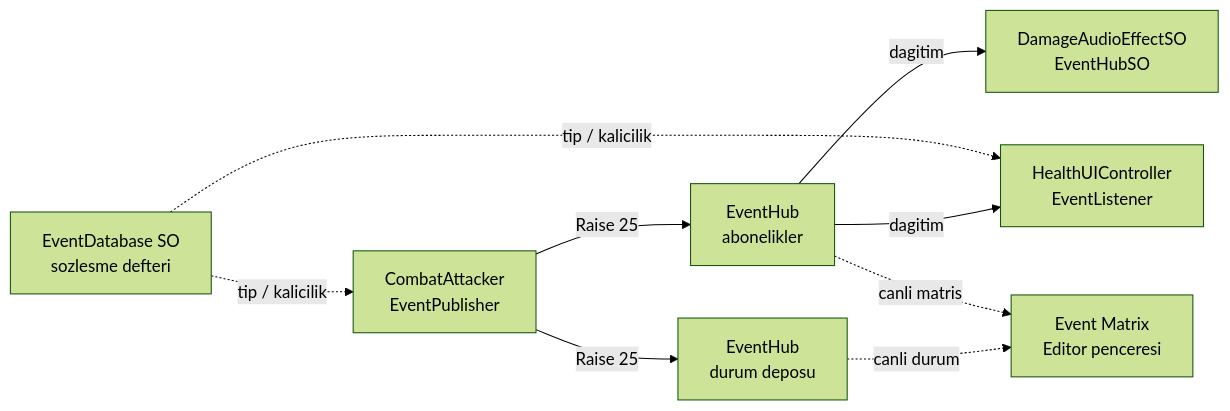
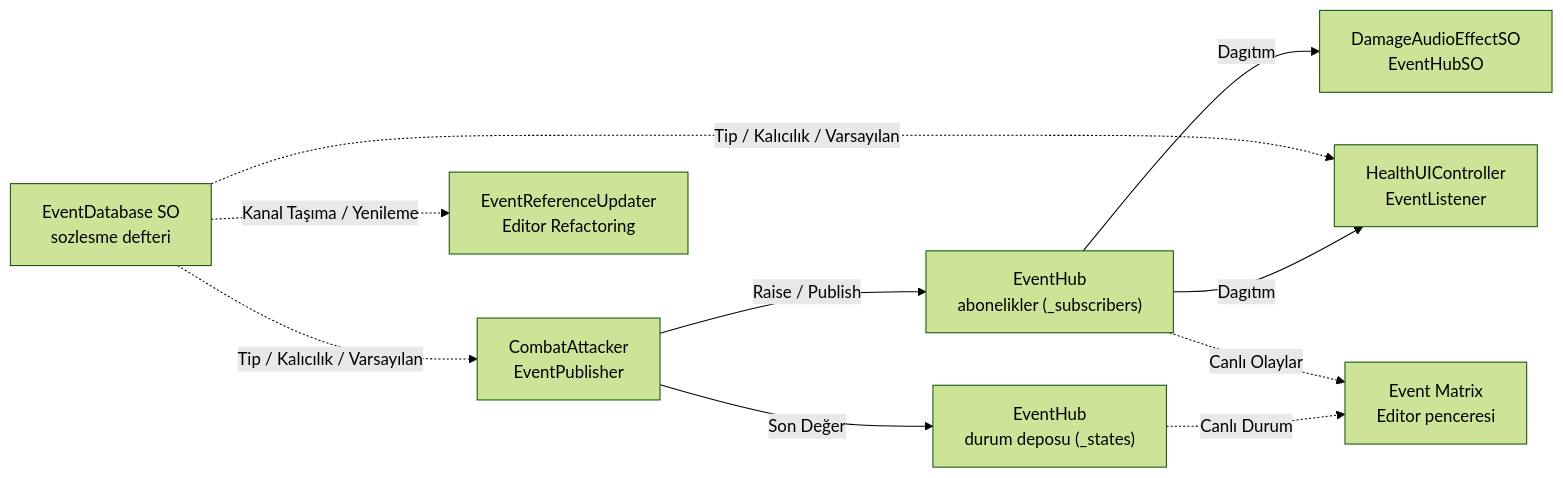
One commit to ChasingImagines/EventHub changed the diagram in README.md. Above: the diagram before and after it, drawn with Mermaid (forest theme). The commit also changed other lines of this file and 14 other files, not shown here.

First line of the commit message:
EventHub: mimari sadelestirme, EventPayload<T> defaultValue destegi, editor gelistirmeleri ve guncel dokumantasyon

````diff
--- a/README.md
+++ b/README.md
@@ -61,19 +62,21 @@
 ```mermaid
 flowchart LR
     A["CombatAttacker<br/>EventPublisher"]
     B["HealthUIController<br/>EventListener"]
     D["DamageAudioEffectSO<br/>EventHubSO"]
-    C["EventHub<br/>abonelikler"]
-    S["EventHub<br/>durum deposu"]
+    C["EventHub<br/>abonelikler (_subscribers)"]
+    S["EventHub<br/>durum deposu (_states)"]
     DB["EventDatabase SO<br/>sozlesme defteri"]
     M["Event Matrix<br/>Editor penceresi"]
+    R["EventReferenceUpdater<br/>Editor Refactoring"]
 
-    A -->|"Raise 25"| C
-    A -->|"Raise 25"| S
-    C -->|"dagitim"| B
-    C -->|"dagitim"| D
-    DB -.->|"tip / kalicilik"| A
-    DB -.->|"tip / kalicilik"| B
-    S -.->|"canli durum"| M
-    C -.->|"canli matris"| M
+    A -->|"Raise / Publish"| C
+    A -->|"Son Değer"| S
+    C -->|"Dagıtım"| B
+    C -->|"Dagıtım"| D
+    DB -.->|"Tip / Kalıcılık / Varsayılan"| A
+    DB -.->|"Tip / Kalıcılık / Varsayılan"| B
+    S -.->|"Canlı Durum"| M
+    C -.->|"Canlı Olaylar"| M
+    DB -.->|"Kanal Taşıma / Yenileme"| R
 ```
````
